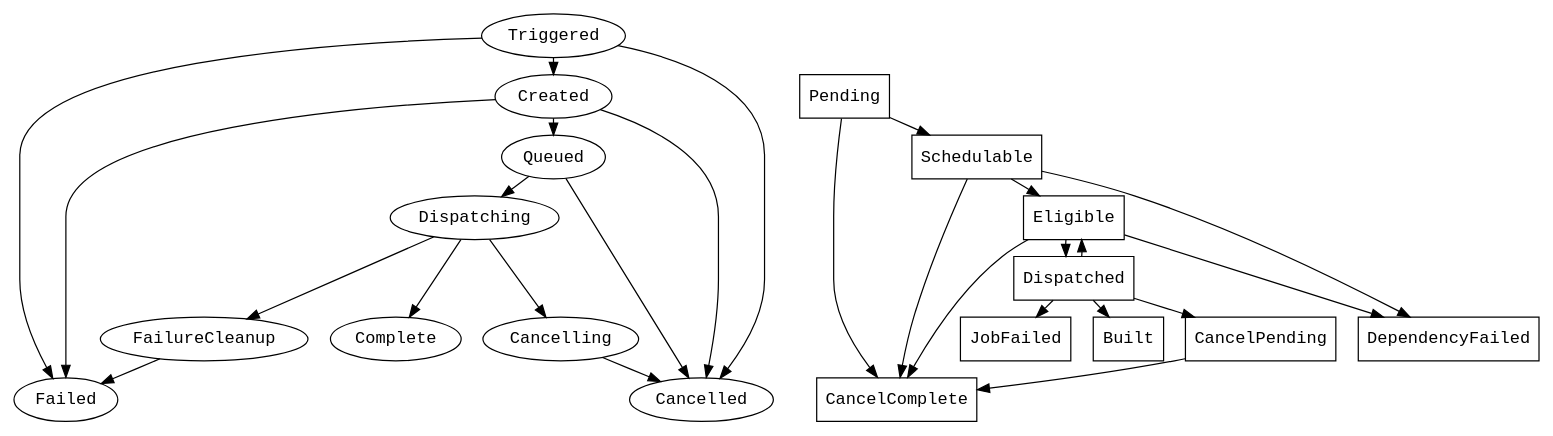
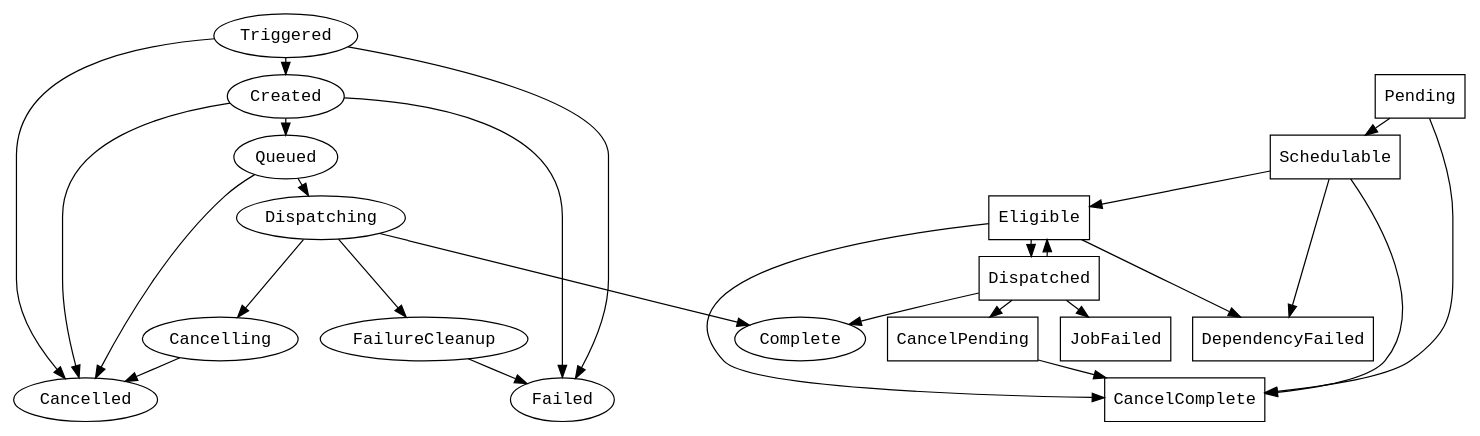
One commit to habitat-sh/builder changed the diagram in components/builder-jobsrv/docs/states.dot. Above: the diagram before and after it, drawn with Graphviz.

Commit message:
Update states

```diff
--- a/components/builder-jobsrv/docs/states.dot
+++ b/components/builder-jobsrv/docs/states.dot
@@ -1,74 +1,74 @@
 digraph STATES {
 
   ranksep=0.2;
 
 ////////////////////////////////////////////////////////////////////////
 // Group states
 node[fontname="Courier", shape=oval];
 Triggered;
 Created;
 Queued;
 Dispatching;
 Complete;
 FailureCleanup;
 Failed;
 Cancelling;
 Cancelled;
 
 Triggered -> Created;
 Triggered -> Failed;
 Triggered -> Cancelled;
 
 Created -> Queued;
 Created -> Failed;
 Created -> Cancelled;
 
 Queued -> Dispatching;
 Queued -> Cancelled;
 
 Dispatching -> Complete;
 Dispatching -> FailureCleanup;
 Dispatching -> Cancelling;
 
 FailureCleanup -> Failed;
 
 Cancelling -> Cancelled;
 
 ////////////////////////////////////////////////////////////////////////
 // Job states
 node[fontname="Courier", shape=box];
 Pending;
-Dispatched;
 Schedulable;
 Eligible;
-Built;
+Dispatched;
+Complete;
 JobFailed;
 DependencyFailed;
 CancelPending;
 CancelComplete;
 
 Pending -> Schedulable;
 Pending -> CancelComplete;
 
 Schedulable -> Eligible;
 Schedulable -> DependencyFailed;
 Schedulable -> CancelComplete;
 
 Eligible -> Dispatched;
 Eligible -> CancelComplete;
 Eligible -> DependencyFailed;
 
-Dispatched -> Built; // Complete
+Dispatched -> Complete; // Complete
 Dispatched -> JobFailed; // FatalError
 Dispatched -> Eligible; // NonFatalError
 Dispatched -> CancelPending;
 
 CancelPending -> CancelComplete;
 
 // Cross FSM relationships
 {rank=same; Created Pending}
 {rank=same; Dispatching Eligible}
 
 {rank=same; Complete FailureCleanup Cancelling CancelPending DependencyFailed }
 
 }
```
